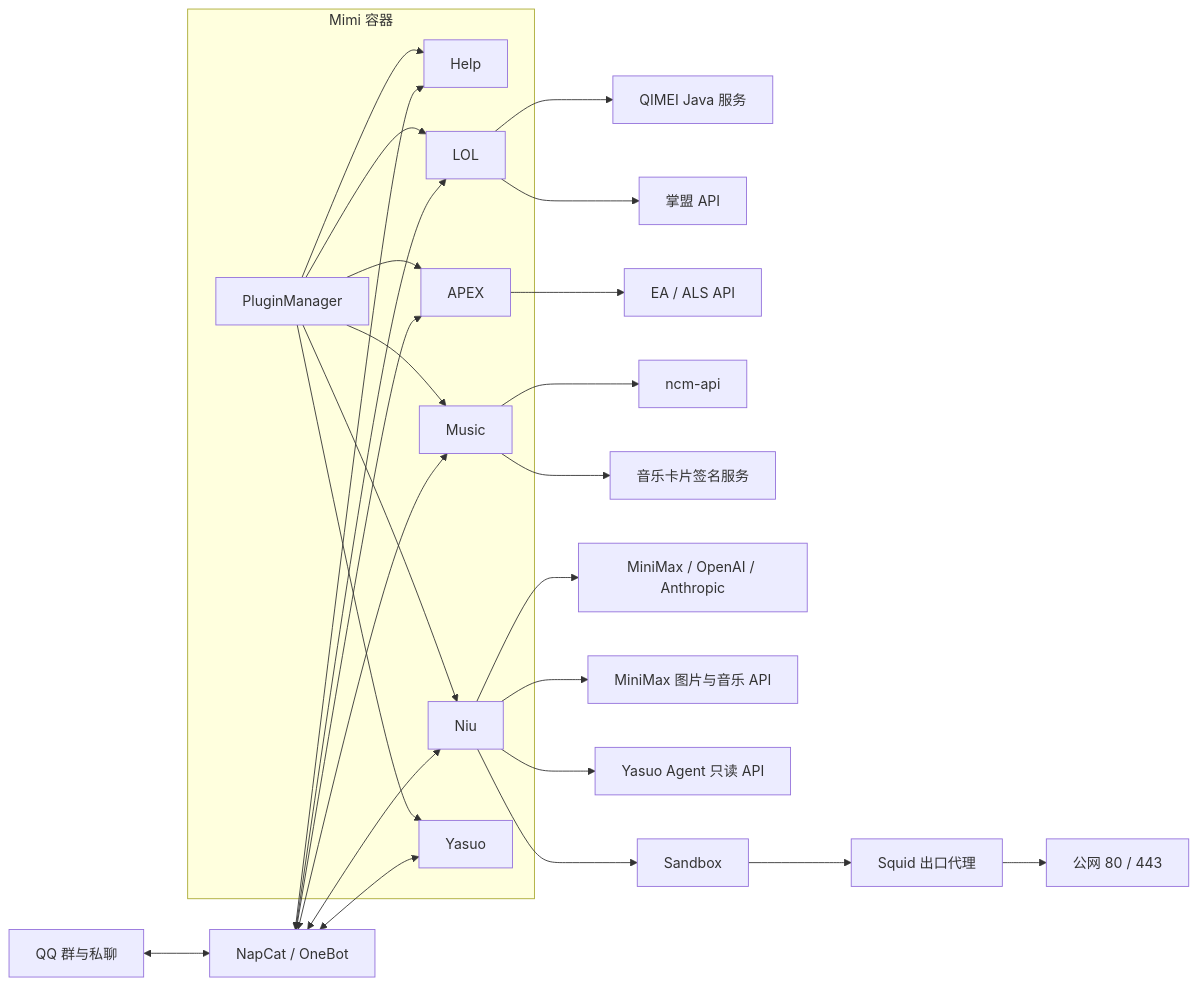
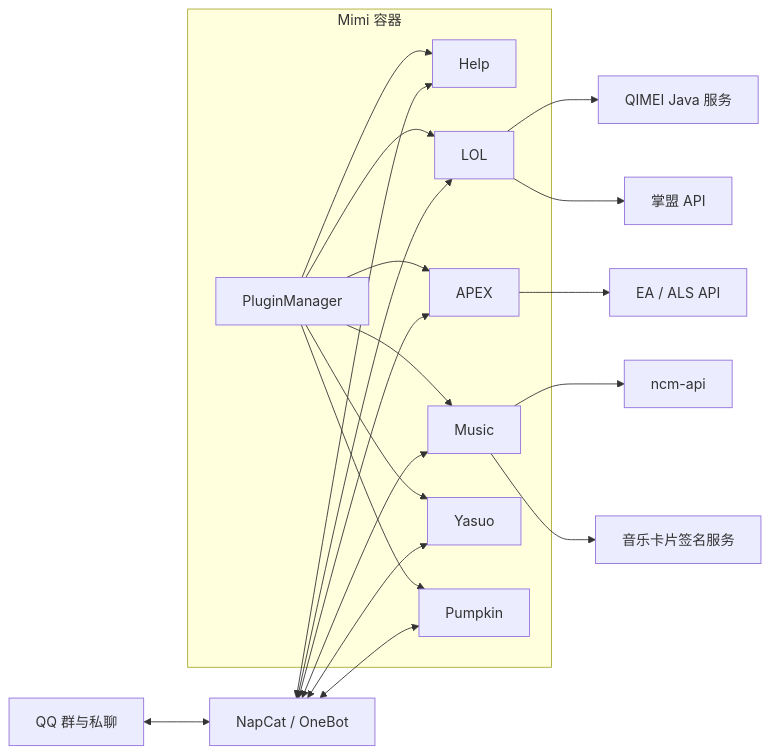
One commit to leiyi2000/mimi changed the diagram in ARCHITECTURE.md. Above: the diagram before and after it, drawn with Mermaid. The commit also changed other lines of this file and 212 other files, not shown here.

Commit message:
feat(pumpkin): replace niu agent runtime

````diff
--- a/ARCHITECTURE.md
+++ b/ARCHITECTURE.md
@@ -16,39 +16,33 @@
 ```mermaid
 flowchart LR
     QQ[QQ 群与私聊] <--> NC[NapCat / OneBot]
 
     subgraph M[Mimi 容器]
         PM[PluginManager]
         HELP[Help]
         LOL[LOL]
         APEX[APEX]
         MUSIC[Music]
-        NIU[Niu]
         YASUO[Yasuo]
+        PUMPKIN[Pumpkin]
         PM --> HELP
         PM --> LOL
         PM --> APEX
         PM --> MUSIC
-        PM --> NIU
         PM --> YASUO
+        PM --> PUMPKIN
     end
 
     NC <--> HELP
     NC <--> LOL
     NC <--> APEX
     NC <--> MUSIC
-    NC <--> NIU
     NC <--> YASUO
+    NC <--> PUMPKIN
 
     LOL --> QIMEI[QIMEI Java 服务]
     LOL --> MLOL[掌盟 API]
     APEX --> EA[EA / ALS API]
     MUSIC --> NCM[ncm-api]
     MUSIC --> SIGN[音乐卡片签名服务]
-    NIU --> LLM[MiniMax / OpenAI / Anthropic]
-    NIU --> MM[MiniMax 图片与音乐 API]
-    NIU --> YAPI[Yasuo Agent 只读 API]
-    NIU --> SANDBOX[Sandbox]
-    SANDBOX --> PROXY[Squid 出口代理]
-    PROXY --> WEB[公网 80 / 443]
 ```
````
